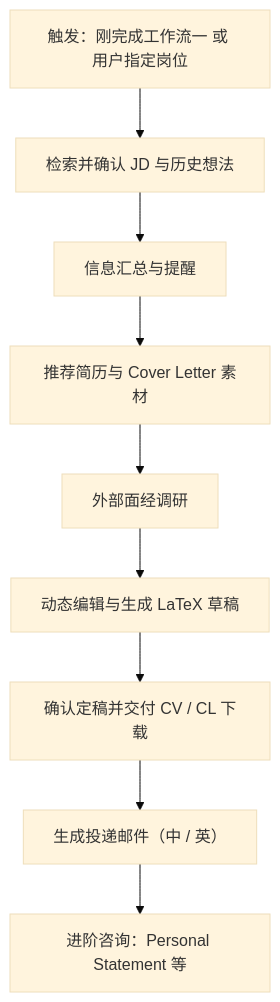
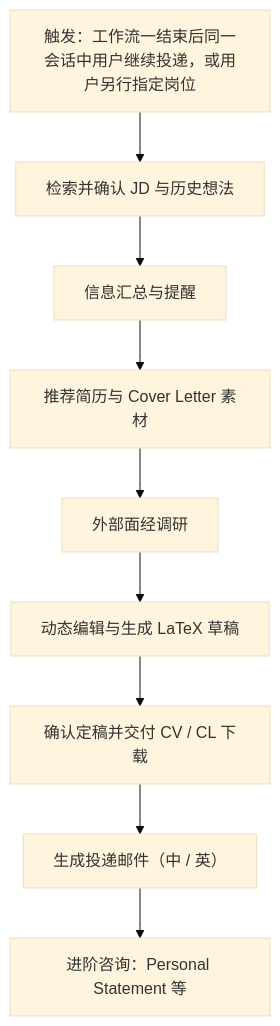
The second of 15 diagrams in docs/prd/job-seeking.md (Gavin-OP/alfred-api), drawn with Mermaid (base theme) before and after one commit. The commit also changed other lines of this file and 1 other file, not shown here.

````diff
--- a/docs/prd/job-seeking.md
+++ b/docs/prd/job-seeking.md
@@ -58,11 +58,11 @@
 ```mermaid
 flowchart TD
-  A[触发：刚完成工作流一 或 用户指定岗位] --> B[检索并确认 JD 与历史想法]
+  A[触发：工作流一结束后同一会话中用户继续投递，或用户另行指定岗位] --> B[检索并确认 JD 与历史想法]
   B --> C[信息汇总与提醒]
   C --> D[推荐简历与 Cover Letter 素材]
   D --> E[外部面经调研]
   E --> F[动态编辑与生成 LaTeX 草稿]
   F --> G[确认定稿并交付 CV / CL 下载]
   G --> H[生成投递邮件（中 / 英）]
   H --> I[进阶咨询：Personal Statement 等]
 ```
````
